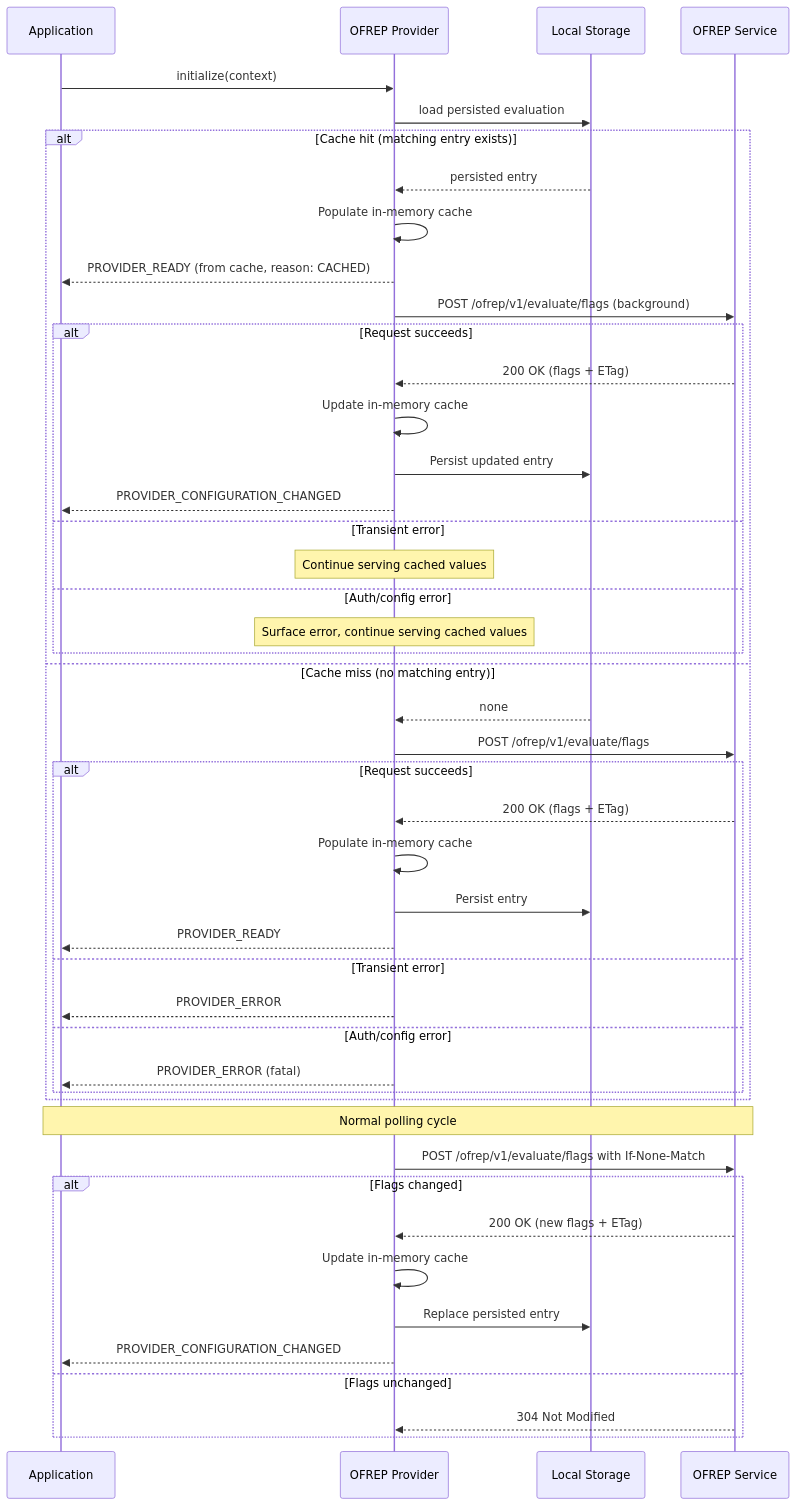
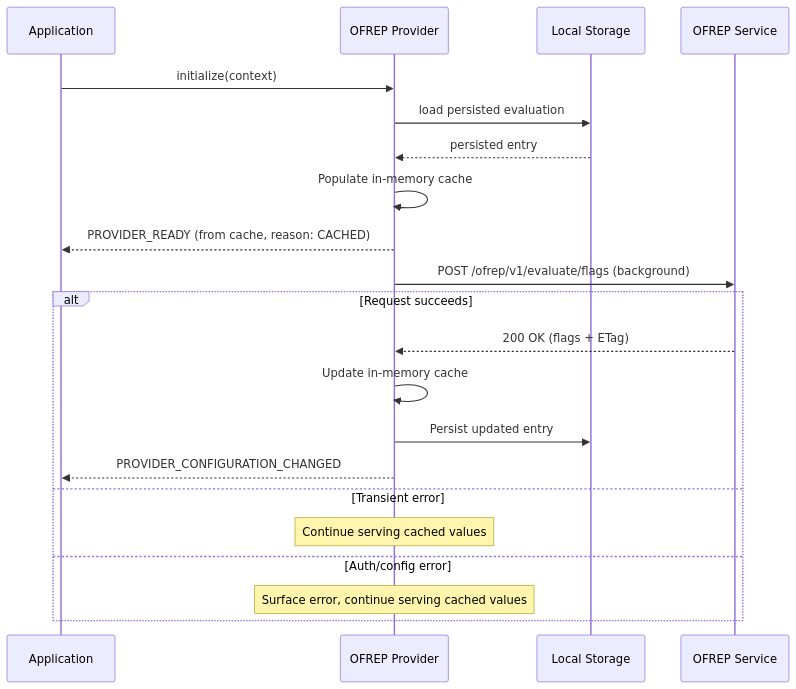
The first of 3 diagrams in service/adrs/0009-local-storage-for-static-context-providers.md (open-feature/protocol), drawn with Mermaid before and after one commit. The commit also changed other lines of this file, not shown here.

Commit message:
docs(adr): split initialization sequence diagram into three smaller diagrams
Replace the single nested-alt diagram with three focused ones: cache hit with background refresh, cache miss, and the normal polling cycle. Addresses review feedback that nested alts were hard to read.

````diff
--- a/service/adrs/0009-local-storage-for-static-context-providers.md
+++ b/service/adrs/0009-local-storage-for-static-context-providers.md
@@ -110,50 +112,25 @@
 ```mermaid
 sequenceDiagram
     participant App as Application
     participant Provider as OFREP Provider
     participant Storage as Local Storage
     participant Server as OFREP Service
 
     App->>Provider: initialize(context)
     Provider->>Storage: load persisted evaluation
-    alt Cache hit (matching entry exists)
-        Storage-->>Provider: persisted entry
-        Provider->>Provider: Populate in-memory cache
-        Provider-->>App: PROVIDER_READY (from cache, reason: CACHED)
-        Provider->>Server: POST /ofrep/v1/evaluate/flags (background)
-        alt Request succeeds
-            Server-->>Provider: 200 OK (flags + ETag)
-            Provider->>Provider: Update in-memory cache
-            Provider->>Storage: Persist updated entry
-            Provider-->>App: PROVIDER_CONFIGURATION_CHANGED
-        else Transient error
-            Note over Provider: Continue serving cached values
-        else Auth/config error
-            Note over Provider: Surface error, continue serving cached values
-        end
-    else Cache miss (no matching entry)
-        Storage-->>Provider: none
-        Provider->>Server: POST /ofrep/v1/evaluate/flags
-        alt Request succeeds
-            Server-->>Provider: 200 OK (flags + ETag)
-            Provider->>Provider: Populate in-memory cache
-            Provider->>Storage: Persist entry
-            Provider-->>App: PROVIDER_READY
-        else Transient error
-            Provider-->>App: PROVIDER_ERROR
-        else Auth/config error
-            Provider-->>App: PROVIDER_ERROR (fatal)
-        end
-    end
+    Storage-->>Provider: persisted entry
+    Provider->>Provider: Populate in-memory cache
+    Provider-->>App: PROVIDER_READY (from cache, reason: CACHED)
 
-    Note over App,Server: Normal polling cycle
-    Provider->>Server: POST /ofrep/v1/evaluate/flags with If-None-Match
-    alt Flags changed
-        Server-->>Provider: 200 OK (new flags + ETag)
+    Provider->>Server: POST /ofrep/v1/evaluate/flags (background)
+    alt Request succeeds
+        Server-->>Provider: 200 OK (flags + ETag)
         Provider->>Provider: Update in-memory cache
-        Provider->>Storage: Replace persisted entry
+        Provider->>Storage: Persist updated entry
         Provider-->>App: PROVIDER_CONFIGURATION_CHANGED
-    else Flags unchanged
-        Server-->>Provider: 304 Not Modified
+    else Transient error
+        Note over Provider: Continue serving cached values
+    else Auth/config error
+        Note over Provider: Surface error, continue serving cached values
     end
 ```
````
